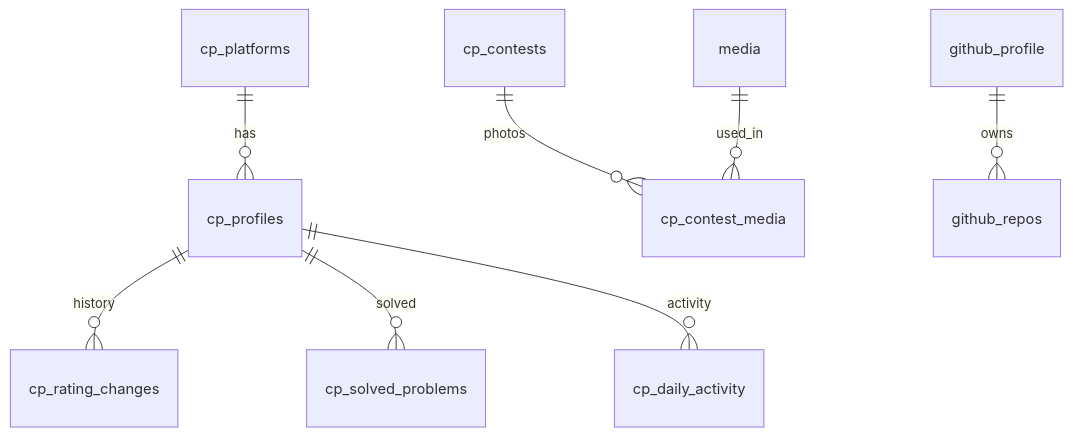
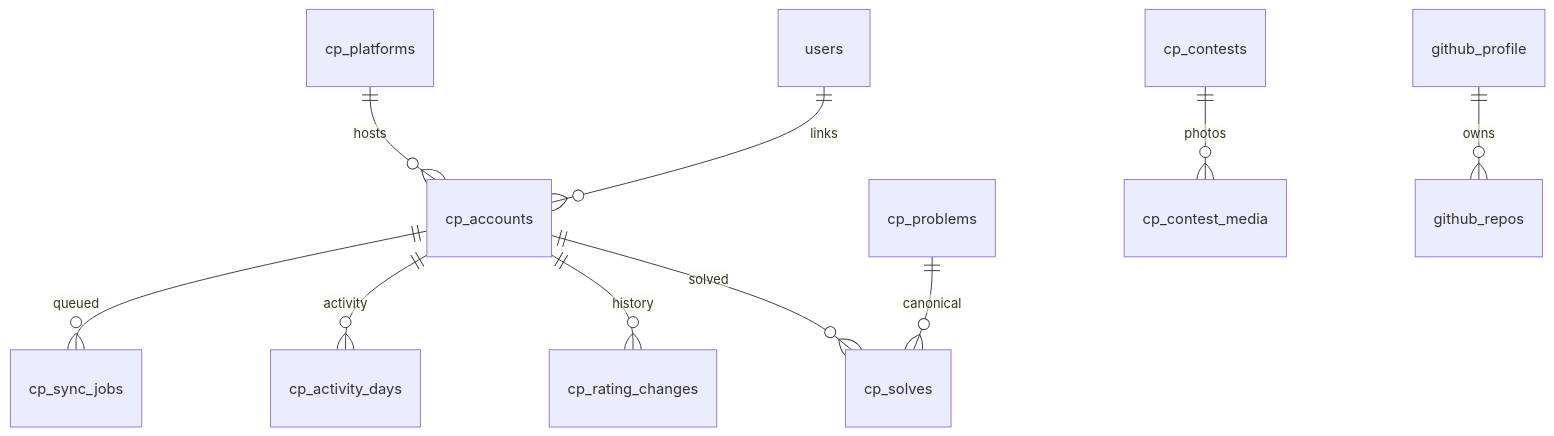
The second of 6 diagrams in docs/07-database-design.md (eyasir329/portfolio), drawn with Mermaid before and after one commit. The commit also changed other lines of this file and 25 other files, not shown here.

````diff
--- a/docs/07-database-design.md
+++ b/docs/07-database-design.md
@@ -65,10 +78,12 @@
 ```mermaid
 erDiagram
-  cp_platforms ||--o{ cp_profiles : has
-  cp_profiles ||--o{ cp_rating_changes : history
-  cp_profiles ||--o{ cp_solved_problems : solved
-  cp_profiles ||--o{ cp_daily_activity : activity
+  users ||--o{ cp_accounts : links
+  cp_platforms ||--o{ cp_accounts : hosts
+  cp_accounts ||--o{ cp_solves : solved
+  cp_problems ||--o{ cp_solves : canonical
+  cp_accounts ||--o{ cp_rating_changes : history
+  cp_accounts ||--o{ cp_activity_days : activity
+  cp_accounts ||--o{ cp_sync_jobs : queued
   cp_contests ||--o{ cp_contest_media : photos
-  media ||--o{ cp_contest_media : used_in
   github_profile ||--o{ github_repos : owns
 ```
````
